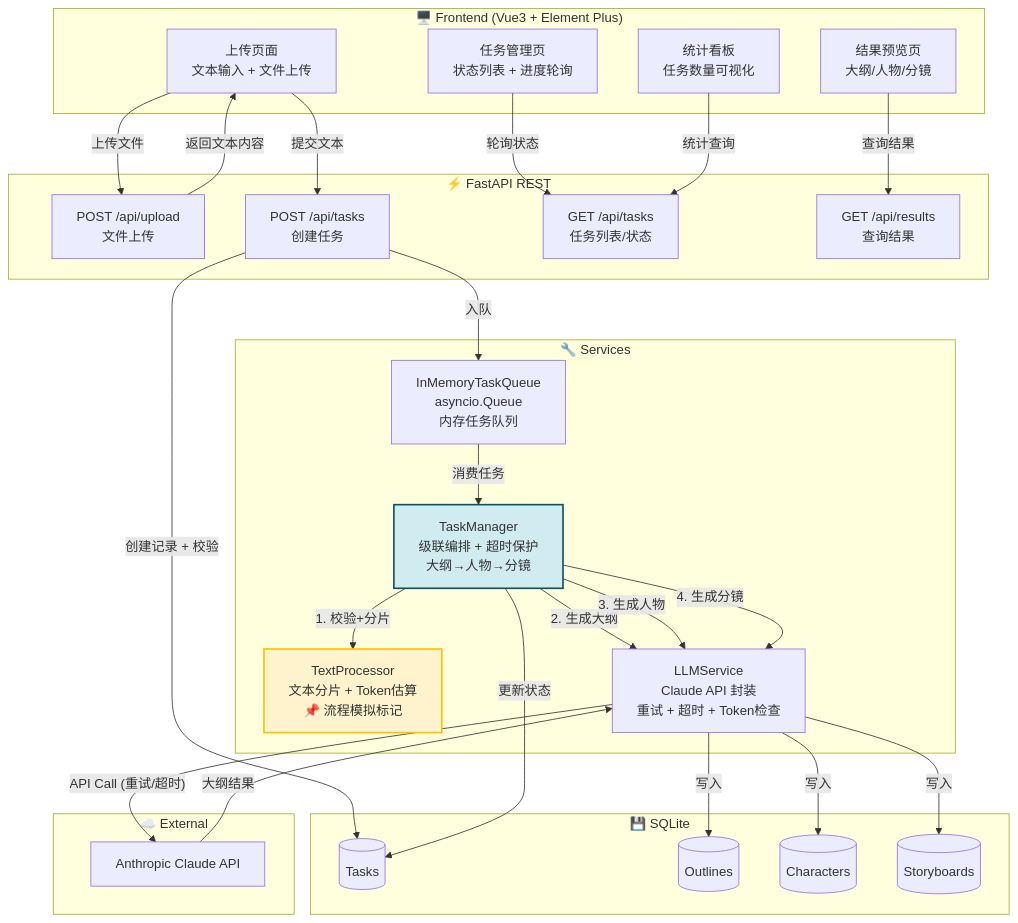
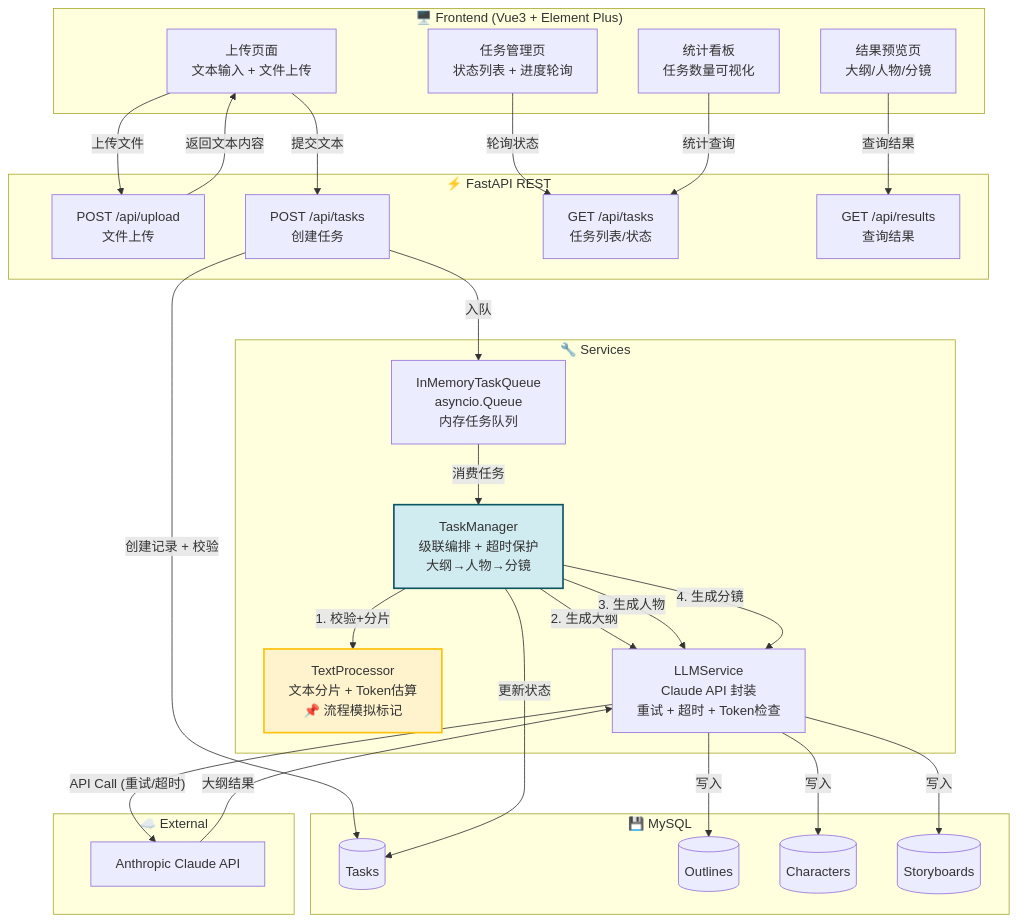
One commit to yuyunji/aigc_project changed the first of 2 diagrams in README.md. Above: the diagram before and after it, drawn with Mermaid. The commit also changed other lines of this file and 17 other files, not shown here.

````diff
--- a/README.md
+++ b/README.md
@@ -69,56 +69,56 @@
 ```mermaid
 graph TD
     subgraph 前端["🖥️ Frontend (Vue3 + Element Plus)"]
         A[上传页面<br/>文本输入 + 文件上传]
         B[任务管理页<br/>状态列表 + 进度轮询]
         C[结果预览页<br/>大纲/人物/分镜]
         D[统计看板<br/>任务数量可视化]
     end
 
     subgraph API["⚡ FastAPI REST"]
         E[POST /api/upload<br/>文件上传]
         F[POST /api/tasks<br/>创建任务]
         G[GET /api/tasks<br/>任务列表/状态]
         H[GET /api/results<br/>查询结果]
     end
 
     subgraph 服务层["🔧 Services"]
         I[TextProcessor<br/>文本分片 + Token估算<br/>📌 流程模拟标记]
         J[InMemoryTaskQueue<br/>asyncio.Queue<br/>内存任务队列]
         K[TaskManager<br/>级联编排 + 超时保护<br/>大纲→人物→分镜]
         L[LLMService<br/>Claude API 封装<br/>重试 + 超时 + Token检查]
     end
 
-    subgraph 数据层["💾 SQLite"]
+    subgraph 数据层["💾 MySQL"]
         M[(Tasks)]
         N[(Outlines)]
         O[(Characters)]
         P[(Storyboards)]
     end
 
     subgraph 外部["☁️ External"]
         Q[Anthropic Claude API]
     end
 
     A -->|"提交文本"| F
     A -->|"上传文件"| E -->|"返回文本内容"| A
     F -->|"创建记录 + 校验"| M
     F -->|"入队"| J
     J -->|"消费任务"| K
     K -->|"1. 校验+分片"| I
     K -->|"2. 生成大纲"| L
     L -->|"API Call (重试/超时)"| Q
     Q -->|"大纲结果"| L
     L -->|"写入"| N
     K -->|"3. 生成人物"| L
     L -->|"写入"| O
     K -->|"4. 生成分镜"| L
     L -->|"写入"| P
     K -->|"更新状态"| M
     B -->|"轮询状态"| G
     C -->|"查询结果"| H
     D -->|"统计查询"| G
 
     style I fill:#fff3cd,stroke:#ffc107,stroke-width:2px
     style K fill:#d1ecf1,stroke:#0c5460,stroke-width:2px
 ```
````
